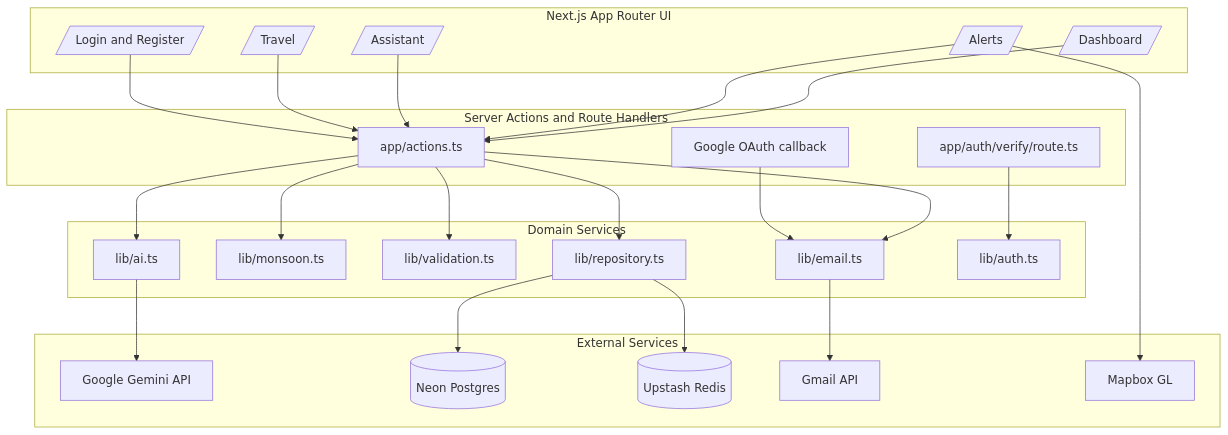
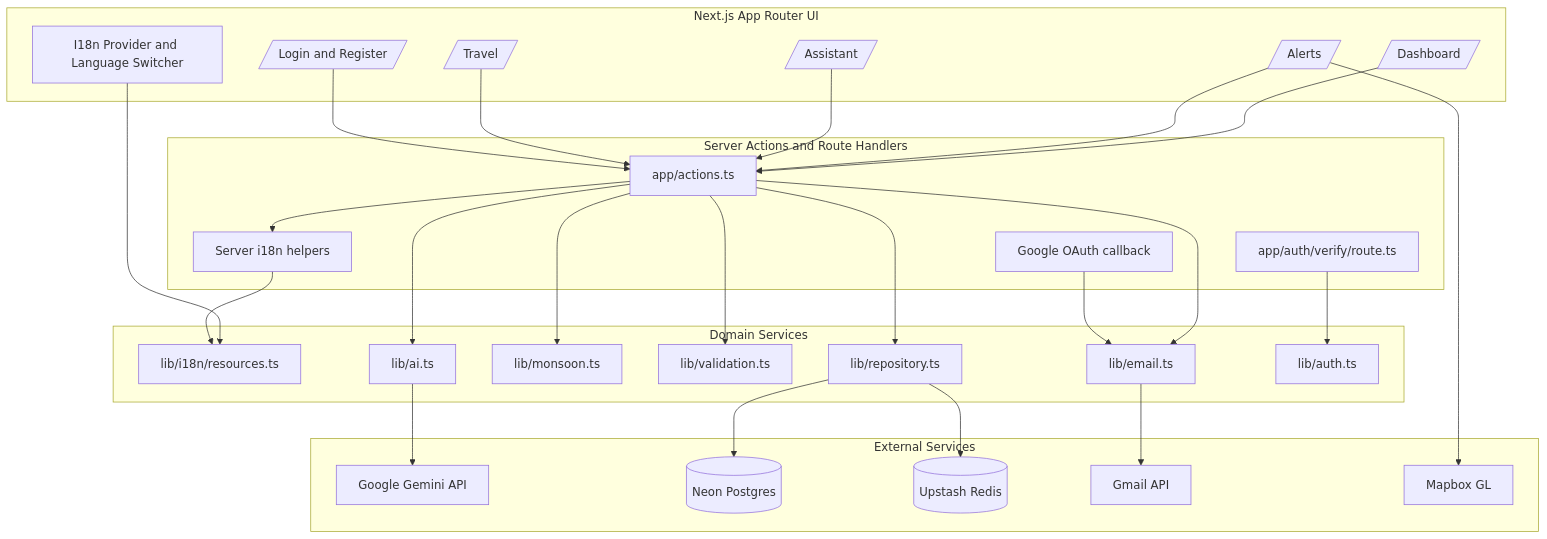
Before and after one commit to AyushPandey003/mausamog: the second of 5 diagrams in README.md, drawn with Mermaid. The commit also changed other lines of this file, not shown here.

````diff
--- a/README.md
+++ b/README.md
@@ -48,53 +49,59 @@
 ```mermaid
 flowchart TB
   subgraph UI[Next.js App Router UI]
     Home[/Dashboard/]
     Alerts[/Alerts/]
     Assistant[/Assistant/]
     Travel[/Travel/]
     Auth[/Login and Register/]
+    I18nProvider[I18n Provider and Language Switcher]
   end
 
   subgraph Server[Server Actions and Route Handlers]
     Actions[app/actions.ts]
     Verify[app/auth/verify/route.ts]
     GoogleCallback[Google OAuth callback]
+    ServerI18n[Server i18n helpers]
   end
 
   subgraph Core[Domain Services]
+    I18nResources[lib/i18n/resources.ts]
     AI[lib/ai.ts]
     Monsoon[lib/monsoon.ts]
     Validation[lib/validation.ts]
     Repo[lib/repository.ts]
     Email[lib/email.ts]
     AuthLib[lib/auth.ts]
   end
 
   subgraph External[External Services]
     Gemini[Google Gemini API]
     Neon[(Neon Postgres)]
     Redis[(Upstash Redis)]
     Gmail[Gmail API]
     Mapbox[Mapbox GL]
   end
 
   Home --> Actions
   Alerts --> Actions
   Assistant --> Actions
   Travel --> Actions
   Auth --> Actions
+  I18nProvider --> I18nResources
 
+  ServerI18n --> I18nResources
   Actions --> Validation
+  Actions --> ServerI18n
   Actions --> AI
   Actions --> Monsoon
   Actions --> Repo
   Actions --> Email
   Verify --> AuthLib
   GoogleCallback --> Email
 
   AI --> Gemini
   Repo --> Neon
   Repo --> Redis
   Email --> Gmail
   Alerts --> Mapbox
 ```
````
